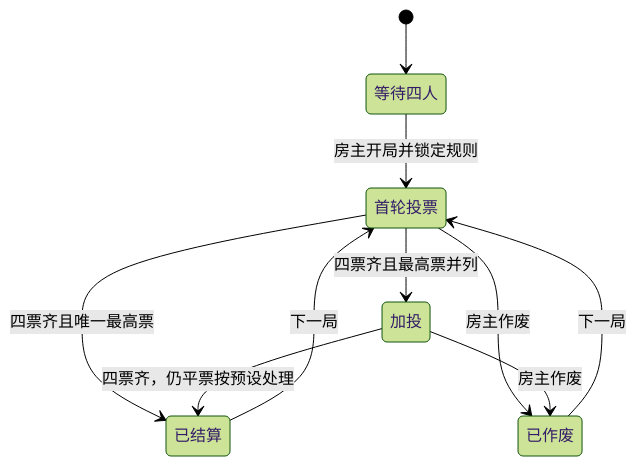
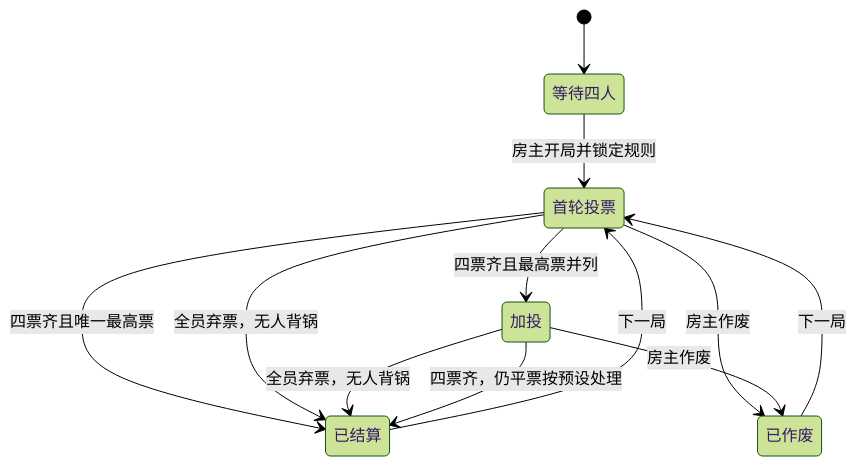
One commit to fan-xii/PUBG-Tribunal changed the diagram in docs/ARCHITECTURE.md. Above: the diagram before and after it, drawn with Mermaid (forest theme). The commit also changed other lines of this file and 14 other files, not shown here.

````diff
--- a/docs/ARCHITECTURE.md
+++ b/docs/ARCHITECTURE.md
@@ -22,12 +38,14 @@
 ```mermaid
 stateDiagram-v2
   [*] --> 等待四人
   等待四人 --> 首轮投票: 房主开局并锁定规则
   首轮投票 --> 已结算: 四票齐且唯一最高票
   首轮投票 --> 加投: 四票齐且最高票并列
+  首轮投票 --> 已结算: 全员弃票，无人背锅
+  加投 --> 已结算: 全员弃票，无人背锅
   加投 --> 已结算: 四票齐，仍平票按预设处理
   首轮投票 --> 已作废: 房主作废
   加投 --> 已作废: 房主作废
   已结算 --> 首轮投票: 下一局
   已作废 --> 首轮投票: 下一局
 ```
````
